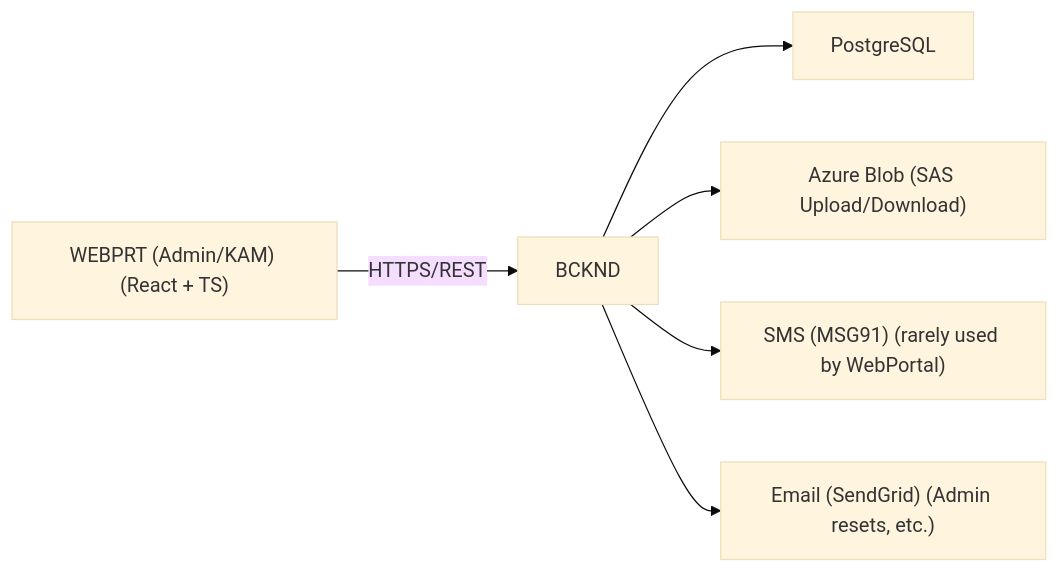
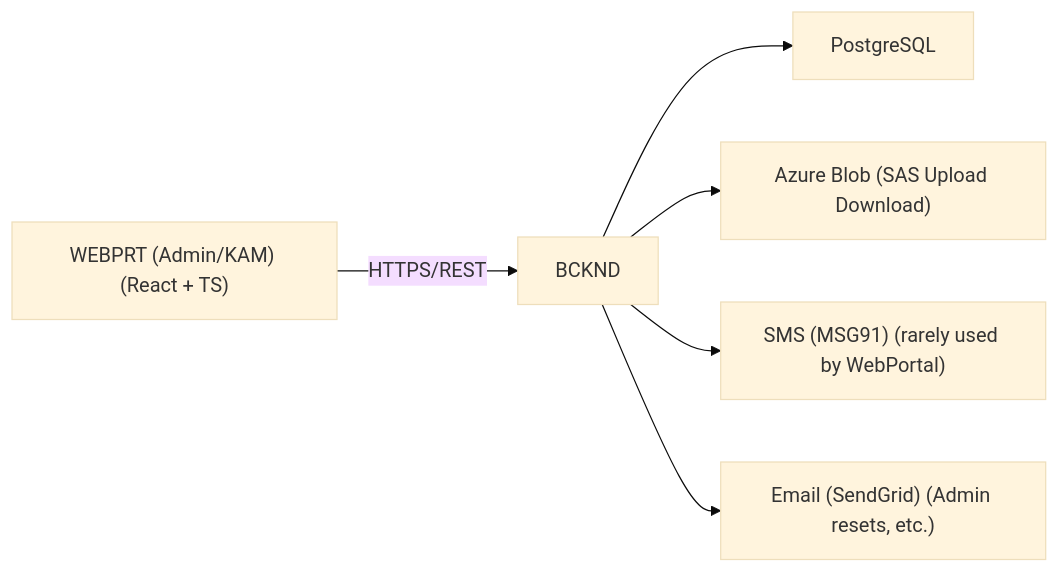
One commit to PraveenGPTrueReach/solarium-docs changed the first of 5 diagrams in L3-LLD-WEBPRT.md. Above: the diagram before and after it, drawn with Mermaid (base theme). The commit also changed 1 other file, not shown here.

````diff
--- a/L3-LLD-WEBPRT.md
+++ b/L3-LLD-WEBPRT.md
@@ -31,8 +31,8 @@
 ```mermaid
 flowchart LR
     WP["WEBPRT (Admin/KAM) (React + TS)"] -- "HTTPS/REST" --> BK["BCKND"]
     BK --> DB["PostgreSQL"]
-    BK --> Blob["Azure Blob (SAS Upload/Download)"]
+    BK --> Blob["Azure Blob (SAS Upload Download)"]
     BK --> MSG["SMS (MSG91) (rarely used by WebPortal)"]
     BK --> Email["Email (SendGrid) (Admin resets, etc.)"]
 ```
````
